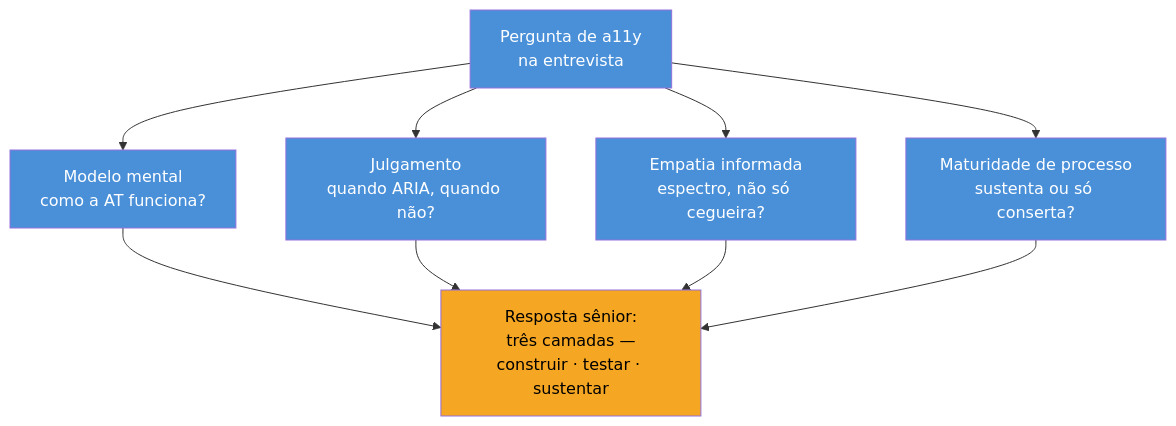
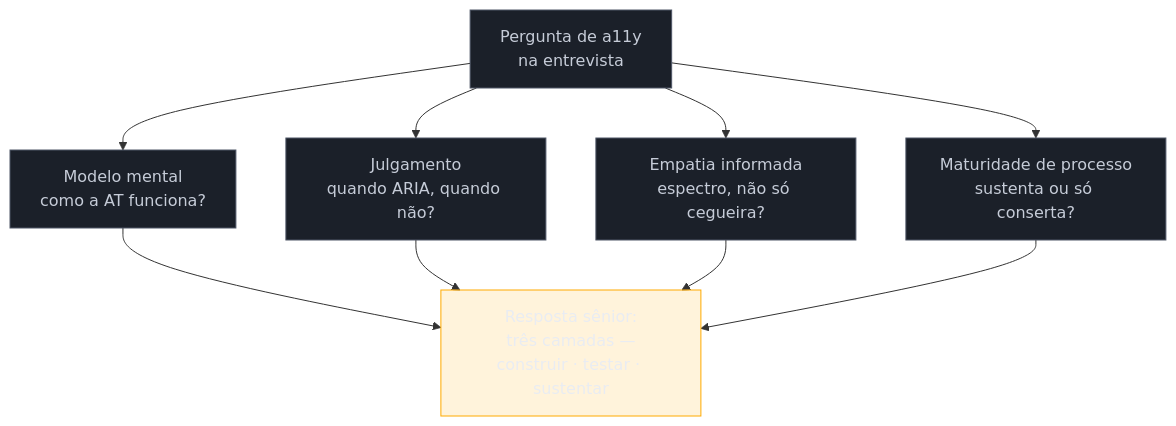
Before and after one commit to josenaldo/codex-technomanticus: the diagram in 03-Dominios/Tecnologia/Acessibilidade/Sustentar e Conformidade/20 - A11y em entrevista.md, drawn with Mermaid. The commit also changed 1181 other files, not shown here.

First line of the commit message:
fix(diagramas): paleta do sistema no lugar de cor cravada no markdown

````diff
--- a/03-Dominios/Tecnologia/Acessibilidade/Sustentar e Conformidade/20 - A11y em entrevista.md
+++ b/03-Dominios/Tecnologia/Acessibilidade/Sustentar e Conformidade/20 - A11y em entrevista.md
@@ -32,19 +32,21 @@
 ```mermaid
 flowchart TD
+    classDef neutro fill:#1B2029,stroke:#4E5666,color:#C6CCD8
+    classDef destaque fill:#FFAA0024,stroke:#FFAA00,color:#E9ECF2
     Q["Pergunta de a11y<br/>na entrevista"] --> A["Modelo mental<br/>como a AT funciona?"]
     Q --> B["Julgamento<br/>quando ARIA, quando não?"]
     Q --> C["Empatia informada<br/>espectro, não só cegueira?"]
     Q --> D["Maturidade de processo<br/>sustenta ou só conserta?"]
 
     A --> R["Resposta sênior:<br/>três camadas —<br/>construir · testar · sustentar"]
     B --> R
     C --> R
     D --> R
 
-    style Q fill:#4A90D9,color:#fff
-    style A fill:#4A90D9,color:#fff
-    style B fill:#4A90D9,color:#fff
-    style C fill:#4A90D9,color:#fff
-    style D fill:#4A90D9,color:#fff
-    style R fill:#F5A623,color:#000
+    class Q neutro
+    class A neutro
+    class B neutro
+    class C neutro
+    class D neutro
+    class R destaque
 ```
````
